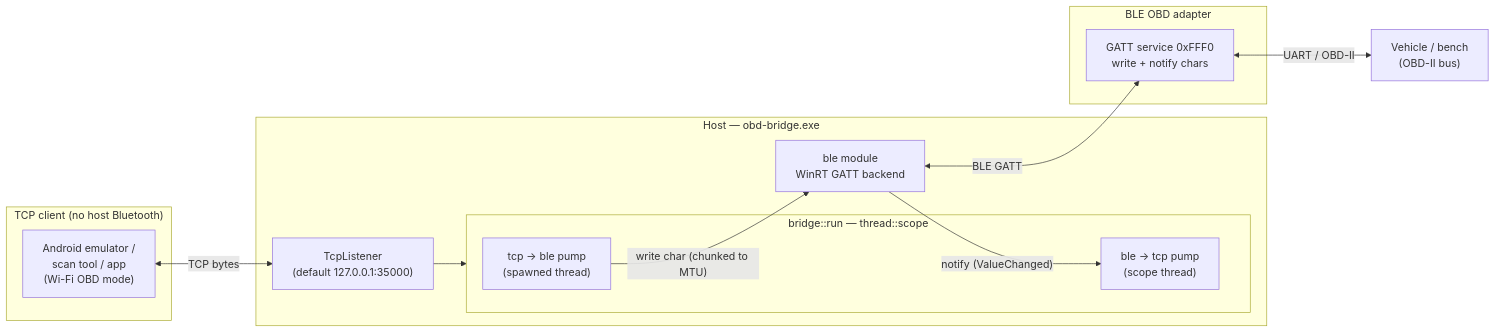
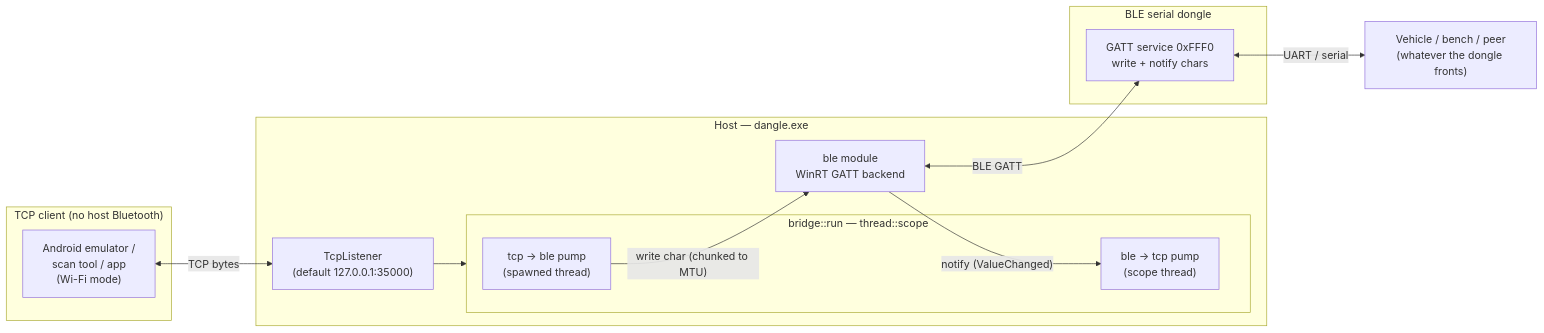
The first of 5 diagrams in docs/architecture.md (b1tninja/dangle), drawn with Mermaid before and after one commit. The commit also changed other lines of this file and 19 other files, not shown here.

````diff
--- a/docs/architecture.md
+++ b/docs/architecture.md
@@ -34,28 +35,28 @@
 ```mermaid
 flowchart LR
     subgraph client["TCP client (no host Bluetooth)"]
-        EMU["Android emulator /<br/>scan tool / app<br/>(Wi-Fi OBD mode)"]
+        EMU["Android emulator /<br/>scan tool / app<br/>(Wi-Fi mode)"]
     end
 
-    subgraph host["Host — obd-bridge.exe"]
+    subgraph host["Host — dangle.exe"]
         LST["TcpListener<br/>(default 127.0.0.1:35000)"]
         subgraph pipe["bridge::run — thread::scope"]
             T1["tcp → ble pump<br/>(spawned thread)"]
             T2["ble → tcp pump<br/>(scope thread)"]
         end
         BLE["ble module<br/>WinRT GATT backend"]
     end
 
-    subgraph adapter["BLE OBD adapter"]
+    subgraph adapter["BLE serial dongle"]
         GATT["GATT service 0xFFF0<br/>write + notify chars"]
     end
 
-    VEH["Vehicle / bench<br/>(OBD-II bus)"]
+    PEER["Vehicle / bench / peer<br/>(whatever the dongle fronts)"]
 
     EMU <-->|"TCP bytes"| LST
     LST --> pipe
     T1 -->|"write char (chunked to MTU)"| BLE
     BLE -->|"notify (ValueChanged)"| T2
     BLE <-->|"BLE GATT"| GATT
-    GATT <-->|"UART / OBD-II"| VEH
+    GATT <-->|"UART / serial"| PEER
 ```
````
